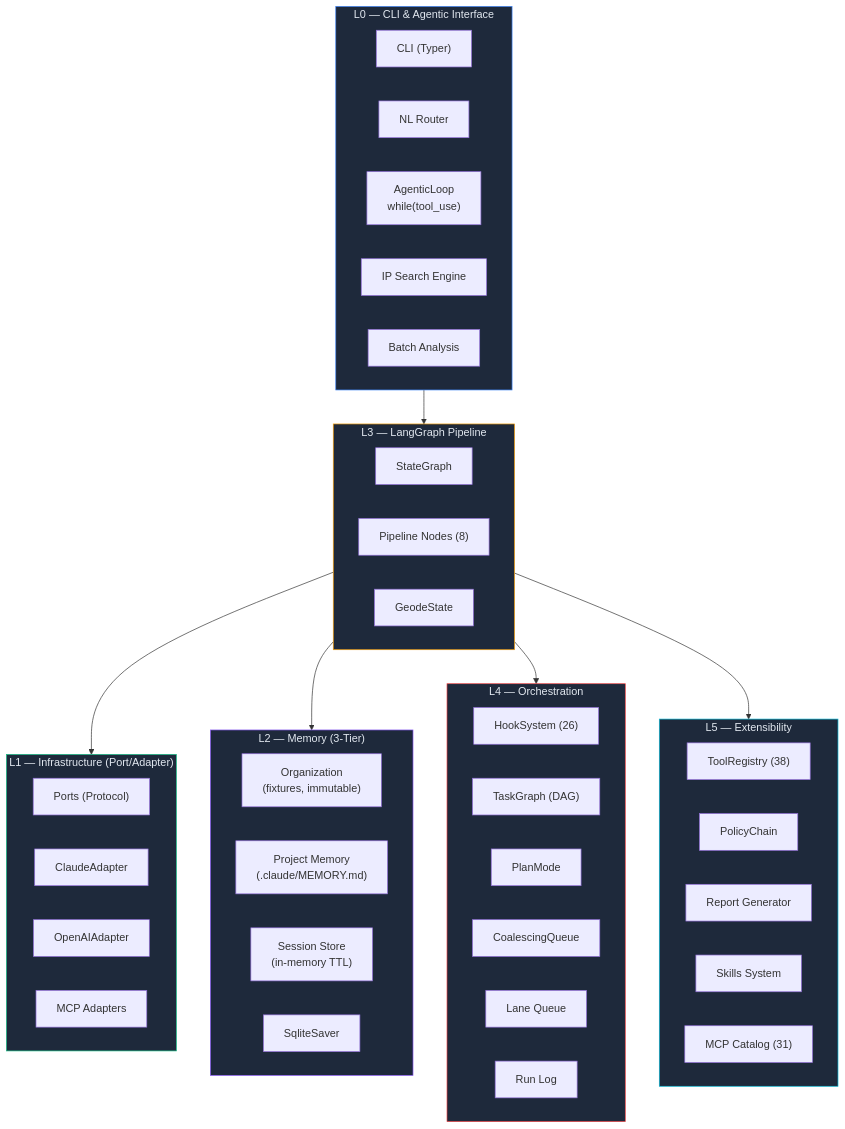
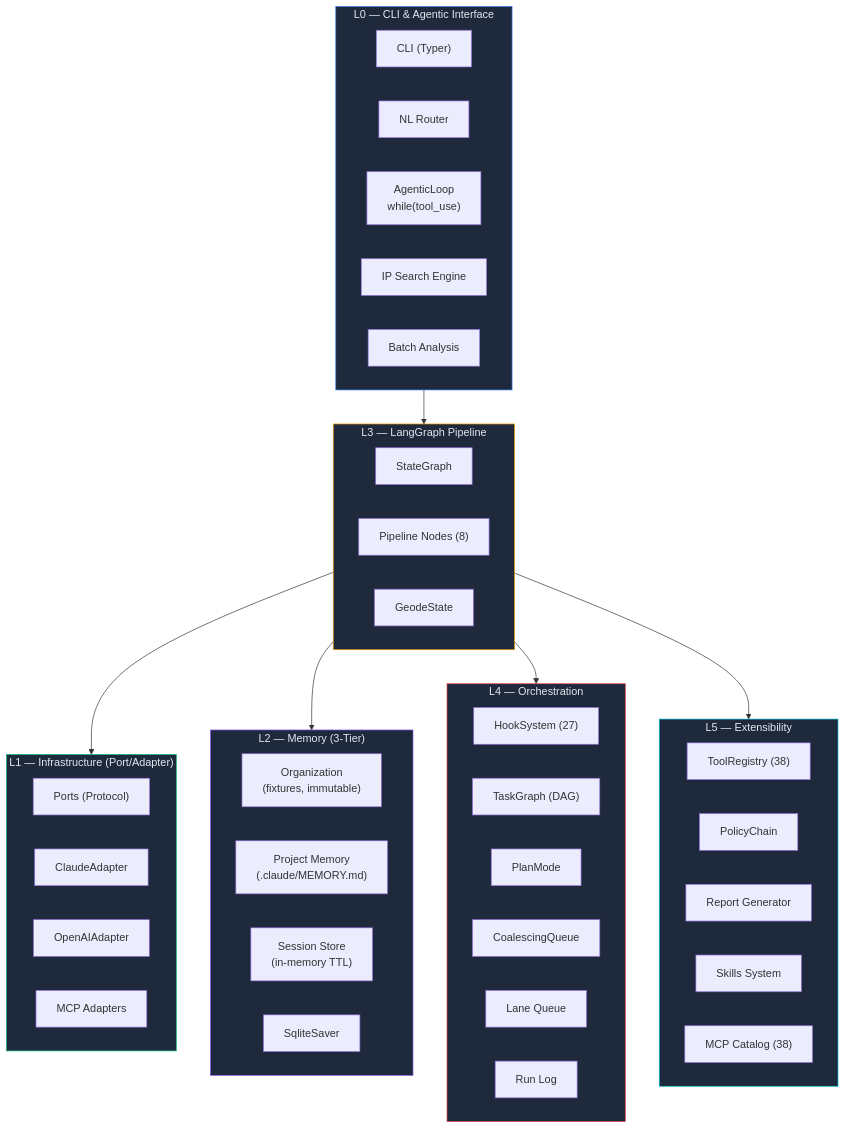
One commit to mangowhoiscloud/geode changed the first of 15 diagrams in README.md. Above: the diagram before and after it, drawn with Mermaid. The commit also changed other lines of this file and 9 other files, not shown here.

````diff
--- a/README.md
+++ b/README.md
@@ -54,60 +60,60 @@
 ```mermaid
 graph TB
     subgraph L0["L0 — CLI & Agentic Interface"]
         CLI["CLI (Typer)"]
         NLR["NL Router"]
         AL["AgenticLoop<br/>while(tool_use)"]
         Search["IP Search Engine"]
         Batch["Batch Analysis"]
     end
 
     subgraph L1["L1 — Infrastructure (Port/Adapter)"]
         direction LR
         Ports["Ports (Protocol)"]
         Claude["ClaudeAdapter"]
         OpenAI["OpenAIAdapter"]
         MCP["MCP Adapters"]
     end
 
     subgraph L2["L2 — Memory (3-Tier)"]
         Org["Organization<br/>(fixtures, immutable)"]
         Project["Project Memory<br/>(.claude/MEMORY.md)"]
         Session["Session Store<br/>(in-memory TTL)"]
         Checkpoint["SqliteSaver"]
     end
 
     subgraph L3["L3 — LangGraph Pipeline"]
         Graph["StateGraph"]
         Nodes["Pipeline Nodes (8)"]
         State["GeodeState"]
     end
 
     subgraph L4["L4 — Orchestration"]
-        Hooks["HookSystem (26)"]
+        Hooks["HookSystem (27)"]
         Tasks["TaskGraph (DAG)"]
         Plan["PlanMode"]
         Coal["CoalescingQueue"]
         Lanes["Lane Queue"]
         RunLog["Run Log"]
     end
 
     subgraph L5["L5 — Extensibility"]
         Tools["ToolRegistry (38)"]
         Policy["PolicyChain"]
         Reports["Report Generator"]
         Skills["Skills System"]
-        MCPCat["MCP Catalog (31)"]
+        MCPCat["MCP Catalog (38)"]
     end
 
     L0 --> L3
     L3 --> L1
     L3 --> L2
     L3 --> L4
     L3 --> L5
     style L0 fill:#1e293b,stroke:#3b82f6,color:#e2e8f0
     style L1 fill:#1e293b,stroke:#10b981,color:#e2e8f0
     style L2 fill:#1e293b,stroke:#8b5cf6,color:#e2e8f0
     style L3 fill:#1e293b,stroke:#f59e0b,color:#e2e8f0
     style L4 fill:#1e293b,stroke:#ef4444,color:#e2e8f0
     style L5 fill:#1e293b,stroke:#06b6d4,color:#e2e8f0
 ```
````
